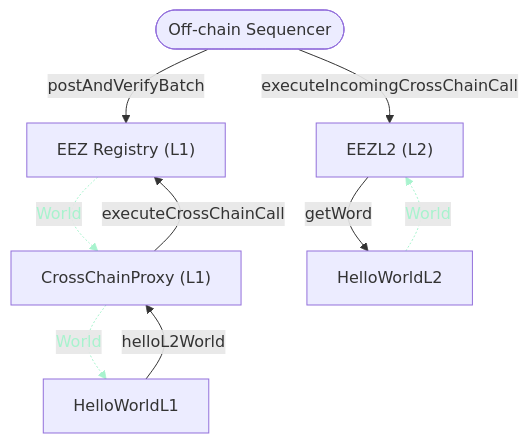
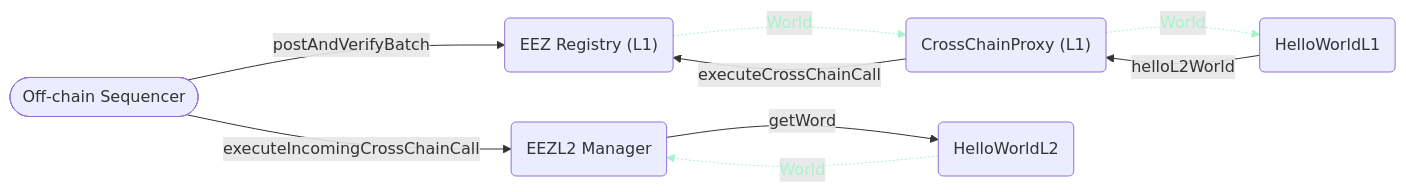
One commit to 0xarmagan/eez-docs changed the second of 2 diagrams in docs/_execution-flow-diagram.mdx. Above: the diagram before and after it, drawn with Mermaid. The commit also changed other lines of this file and 10 other files, not shown here.

````diff
--- a/docs/_execution-flow-diagram.mdx
+++ b/docs/_execution-flow-diagram.mdx
@@ -14,22 +14,22 @@
 ```mermaid
-flowchart TD
+flowchart LR
     Seq(["Off-chain Sequencer"])
-    EEZ["EEZ Registry (L1)"]
-    Proxy["CrossChainProxy (L1)"]
-    App1["HelloWorldL1"]
-    EEZL2["EEZL2 (L2)"]
-    App2["HelloWorldL2"]
+    EEZ("EEZ Registry (L1)")
+    Proxy("CrossChainProxy (L1)")
+    App1("HelloWorldL1")
+    EEZL2("EEZL2 Manager")
+    App2("HelloWorldL2")
 
     Seq -->|postAndVerifyBatch| EEZ
     App1 -->|helloL2World| Proxy
     Proxy -->|executeCrossChainCall| EEZ
     EEZ -.->|World| Proxy
     Proxy -.->|World| App1
     Seq -->|executeIncomingCrossChainCall| EEZL2
     EEZL2 -->|getWord| App2
     App2 -.->|World| EEZL2
 
     linkStyle 3 stroke:#A8F3CE,color:#A8F3CE
     linkStyle 4 stroke:#A8F3CE,color:#A8F3CE
     linkStyle 7 stroke:#A8F3CE,color:#A8F3CE
 ```
````
